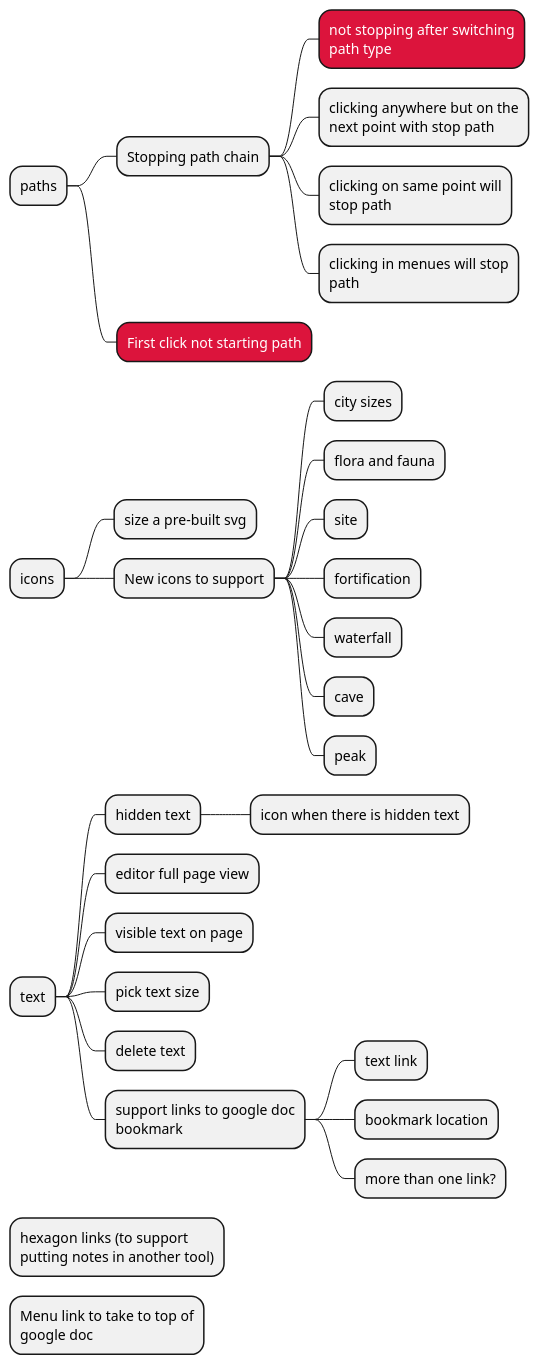
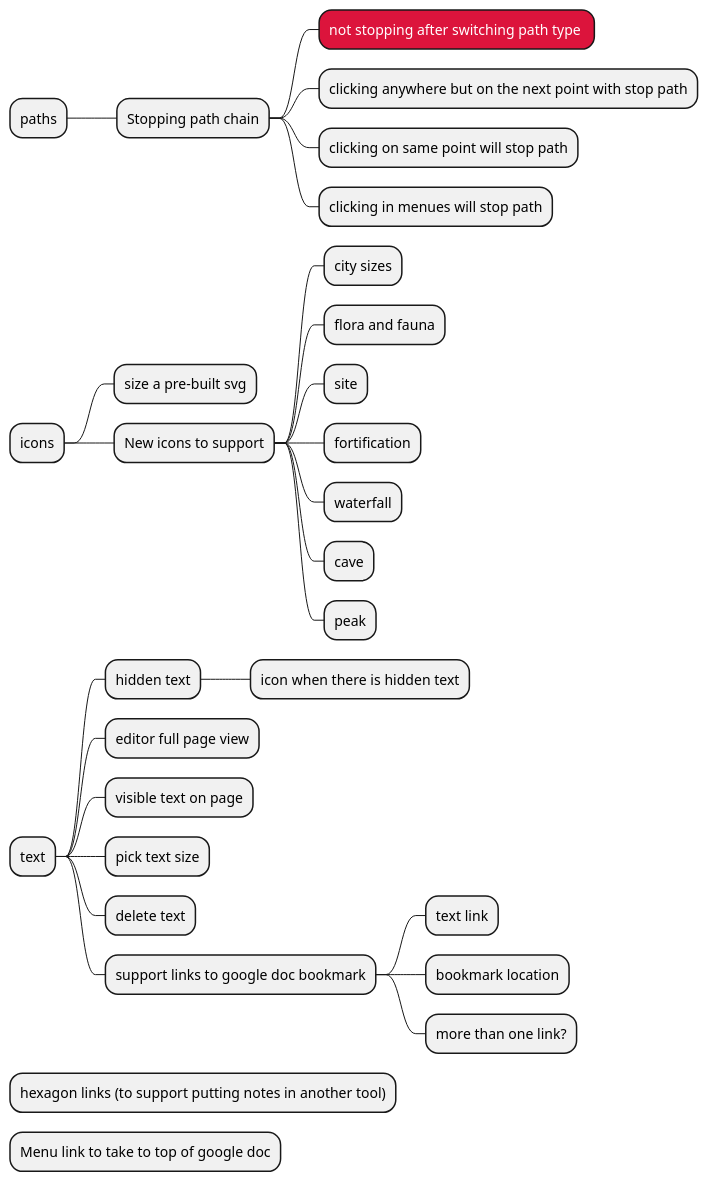
The diagram in todo.puml (rpg-gen/rpg-gen.github.io), drawn with PlantUML before and after one commit. The commit also changed 2 other files, not shown here.

Commit message:
Fix path first dot

```diff
--- a/todo.puml
+++ b/todo.puml
@@ -1,52 +1,80 @@
 @startmindmap
 
 <style>
-
 MindmapDiagram {
-  node {
-    MaximumWidth: 200
-  }
 
   .bug {
     BackgroundColor: Crimson
     FontColor: White
   }
+
+  .question {
+    BackgroundColor: PowderBlue
+  }
+
+  .ready {
+    BackgroundColor: YellowGreen
+    FontColor: Black
+  }
+
+  .report {
+    BackgroundColor: SlateGrey
+    FontColor: White
+  }
+
+  .backlog * {
+    BackgroundColor: Ivory
+    FontColor: Grey
+    LineColor: Lavender
+  }
+
+  .hold * {
+    BackgroundColor: GoldenRod
+    FontColor: Black
+  }
+
+  .priority {
+    BackgroundColor: MediumVioletRed
+    FontColor: White
+  }
+
+  .info * {
+    BackgroundColor: LemonChiffon
+  }
 }
-
 </style>
 
 * paths
 ** Stopping path chain
 *** not stopping after switching path type <<bug>>
 *** clicking anywhere but on the next point with stop path
 *** clicking on same point will stop path
 *** clicking in menues will stop path
-** First click not starting path <<bug>>
 
 * icons
 ** size a pre-built svg
 ** New icons to support
 *** city sizes
 *** flora and fauna
 *** site
 *** fortification
 *** waterfall
 *** cave
 *** peak
 
 * text
 ** hidden text
 *** icon when there is hidden text
 ** editor full page view
 ** visible text on page
 ** pick text size
 ** delete text
 ** support links to google doc bookmark
 *** text link
 *** bookmark location
 *** more than one link?
 
 * hexagon links (to support putting notes in another tool)
 * Menu link to take to top of google doc
 
 @endmindmap
```
